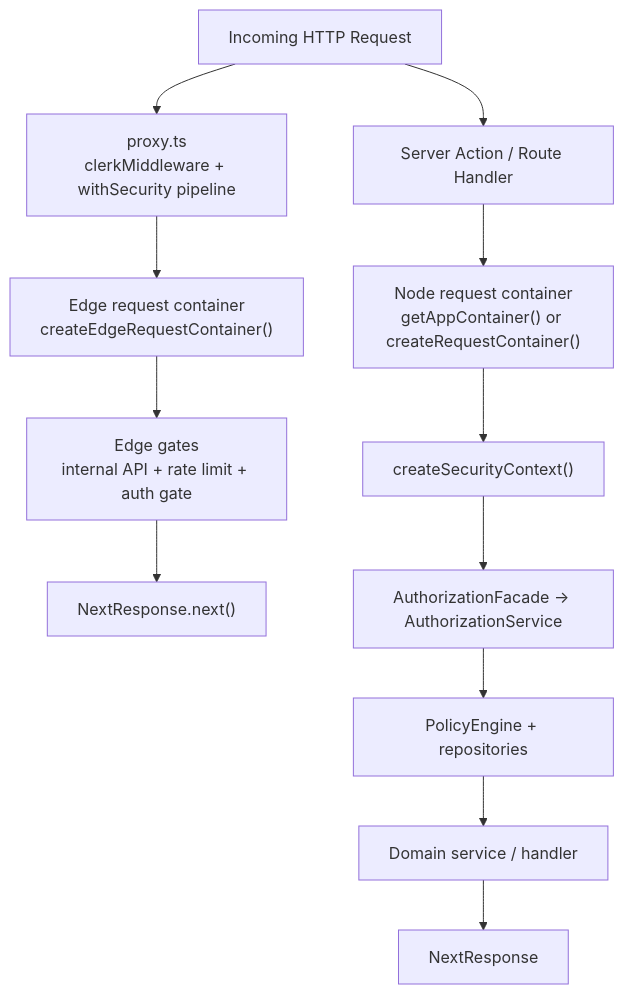
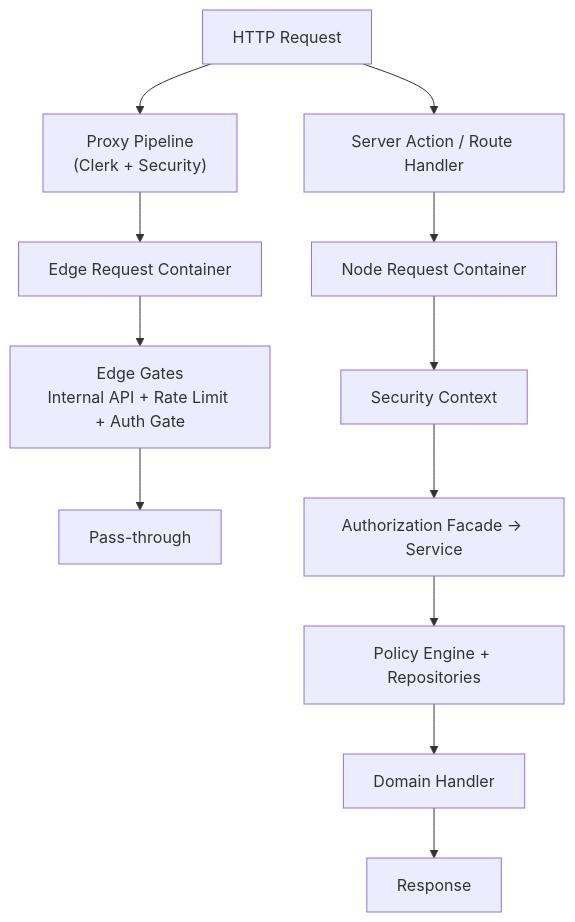
Before and after one commit to wmitrus/nextjs-16-boilerplate: the diagram in docs/architecture/03 – Request Lifecycle.md, drawn with Mermaid.

Commit message:
style: update diagram labels for Request Lifecycle clarity Refactor diagram to improve readability and consistency in naming conventions.

````diff
--- a/docs/architecture/03 – Request Lifecycle.md
+++ b/docs/architecture/03 – Request Lifecycle.md
@@ -3,33 +3,25 @@
 ```mermaid
 flowchart TD
 
-REQ["Incoming HTTP Request"]
-PROXY["proxy.ts\nclerkMiddleware + withSecurity pipeline"]
+Req["HTTP Request"]
+Proxy["Proxy Pipeline\n(Clerk + Security)"]
 
-EDGEC["Edge request container\ncreateEdgeRequestContainer()"]
-EDGESEC["Edge gates\ninternal API + rate limit + auth gate"]
-NEXT["NextResponse.next()"]
+EdgeC["Edge Request Container"]
+EdgeGates["Edge Gates\nInternal API + Rate Limit + Auth Gate"]
+Pass["Pass-through"]
 
-NODEENTRY["Server Action / Route Handler"]
-NODEC["Node request container\ngetAppContainer() or createRequestContainer()"]
+NodeEntry["Server Action / Route Handler"]
+NodeC["Node Request Container"]
 
-CTX["createSecurityContext()"]
-AUTHZ["AuthorizationFacade -> AuthorizationService"]
-POLICY["PolicyEngine + repositories"]
-DOMAIN["Domain service / handler"]
-RESPONSE["NextResponse"]
+Ctx["Security Context"]
+Authz["Authorization Facade -> Service"]
+Policy["Policy Engine + Repositories"]
+Domain["Domain Handler"]
+Res["Response"]
 
-REQ --> PROXY
-PROXY --> EDGEC
-EDGEC --> EDGESEC
-EDGESEC --> NEXT
+Req --> Proxy --> EdgeC --> EdgeGates --> Pass
 
-REQ --> NODEENTRY
-NODEENTRY --> NODEC
-NODEC --> CTX
+Req --> NodeEntry --> NodeC --> Ctx
 
-CTX --> AUTHZ
-AUTHZ --> POLICY
-POLICY --> DOMAIN
-DOMAIN --> RESPONSE
+Ctx --> Authz --> Policy --> Domain --> Res
 ```
````
